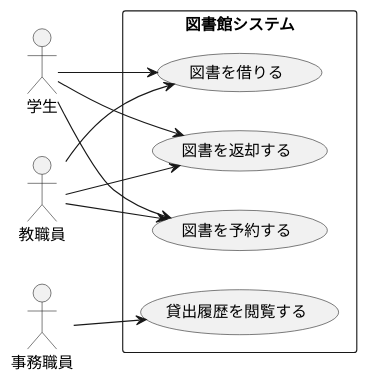
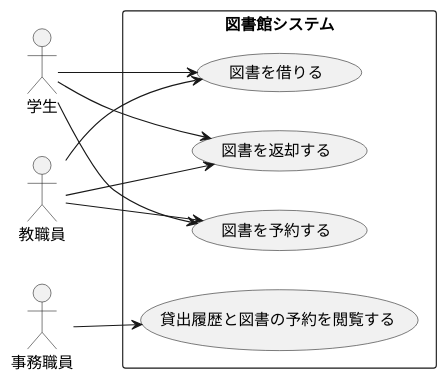
Before and after one commit to mameiku/G3-4: the diagram in usecase.pu, drawn with PlantUML.

Commit message:
ユースケース図更新

```diff
--- a/usecase.pu
+++ b/usecase.pu
@@ -1,24 +1,24 @@
 @startuml 大原情報科学大学・図書館システム
 left to right direction
 
 actor 学生 as Student
 actor 教職員 as Teacher
 actor 事務職員 as Staff
 
 rectangle 図書館システム {
   usecase "図書を借りる" as Checkout
   usecase "図書を返却する" as Return
   usecase "図書を予約する" as Reserve
-  usecase "貸出履歴を閲覧する" as ViewHistory
+  usecase "貸出履歴と図書の予約を閲覧する" as ViewHistory
 }
 
 Student --> Checkout
 Student --> Return
 Student --> Reserve
 
 Teacher --> Checkout
 Teacher --> Return
 Teacher --> Reserve
 
 Staff --> ViewHistory
 @enduml
```
